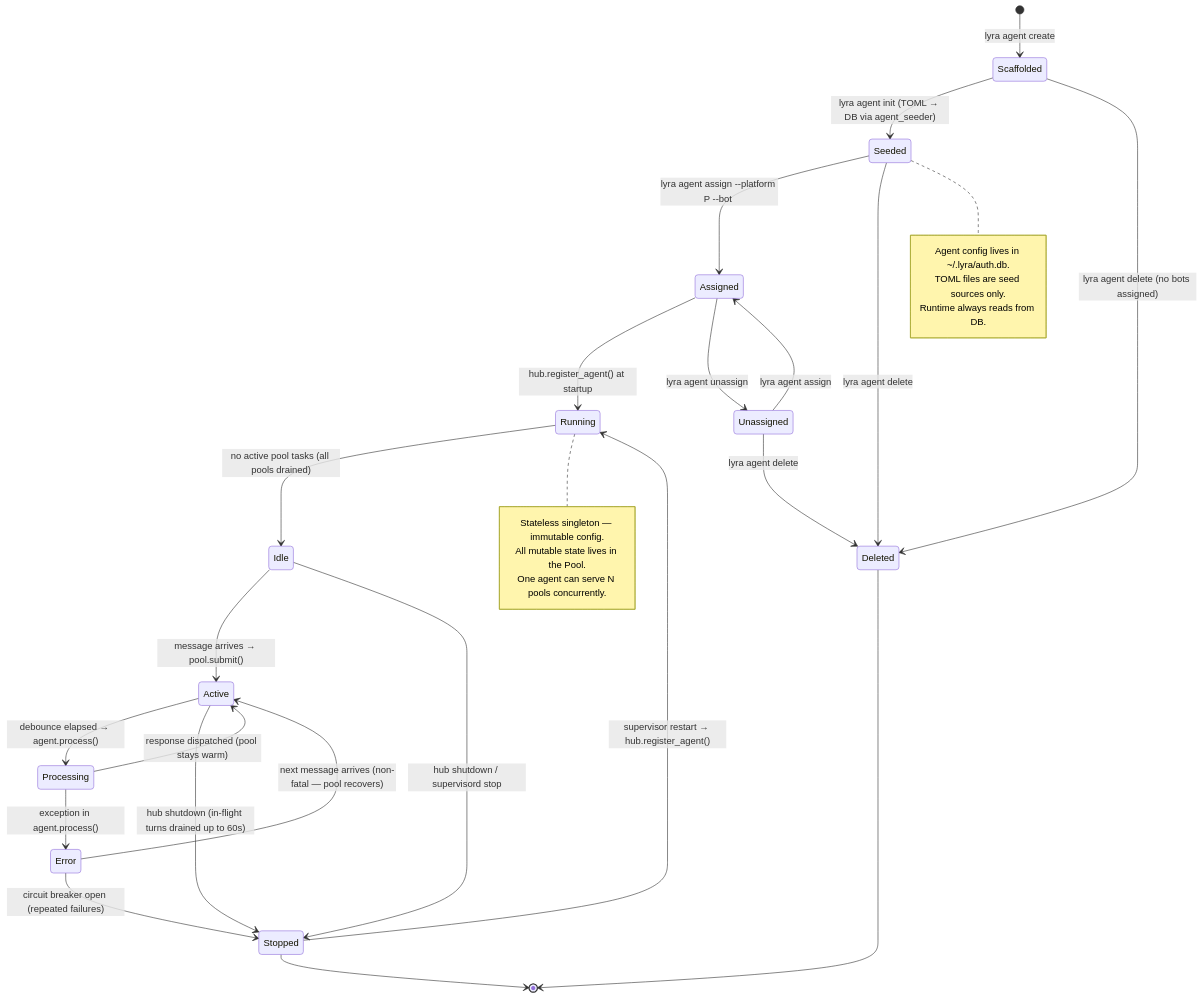
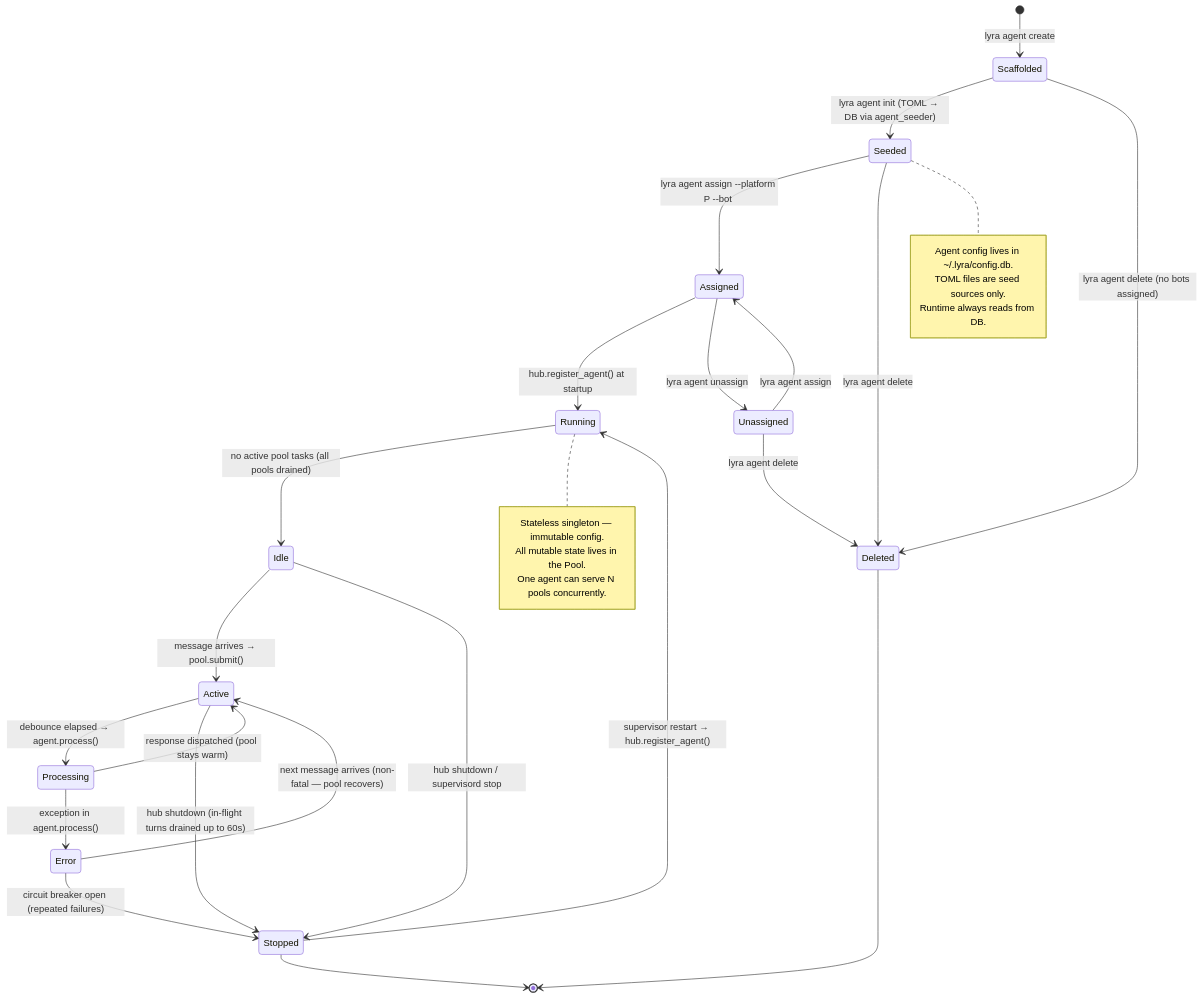
The third of 3 diagrams in docs/ARCHITECTURE.md (Roxabi/lyra), drawn with Mermaid before and after one commit. The commit also changed other lines of this file and 6 other files, not shown here.

````diff
--- a/docs/ARCHITECTURE.md
+++ b/docs/ARCHITECTURE.md
@@ -389,47 +396,47 @@
 ```mermaid
 stateDiagram-v2
     direction TB
 
     [*] --> Scaffolded : lyra agent create <name>
 
     Scaffolded --> Seeded : lyra agent init (TOML → DB via agent_seeder)
     Scaffolded --> Deleted : lyra agent delete (no bots assigned)
 
     Seeded --> Assigned : lyra agent assign --platform P --bot <id>
     Seeded --> Deleted : lyra agent delete
 
     Assigned --> Running : hub.register_agent() at startup
     Assigned --> Unassigned : lyra agent unassign
 
     Unassigned --> Assigned : lyra agent assign
     Unassigned --> Deleted : lyra agent delete
 
     Running --> Idle : no active pool tasks (all pools drained)
     Idle --> Active : message arrives → pool.submit()
 
     Active --> Processing : debounce elapsed → agent.process()
     Processing --> Active : response dispatched (pool stays warm)
     Processing --> Error : exception in agent.process()
 
     Error --> Active : next message arrives (non-fatal — pool recovers)
     Error --> Stopped : circuit breaker open (repeated failures)
 
     Idle --> Stopped : hub shutdown / supervisord stop
     Active --> Stopped : hub shutdown (in-flight turns drained up to 60s)
 
     Stopped --> Running : supervisor restart → hub.register_agent()
     Stopped --> [*]
     Deleted --> [*]
 
     note right of Seeded
-        Agent config lives in ~/.lyra/auth.db.
+        Agent config lives in ~/.lyra/config.db.
         TOML files are seed sources only.
         Runtime always reads from DB.
     end note
 
     note right of Running
         Stateless singleton — immutable config.
         All mutable state lives in the Pool.
         One agent can serve N pools concurrently.
     end note
 ```
````
